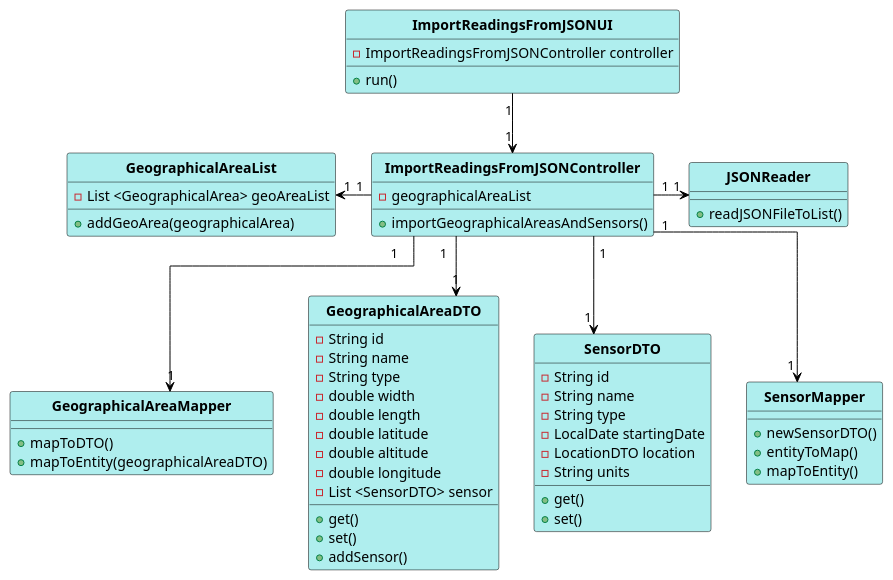
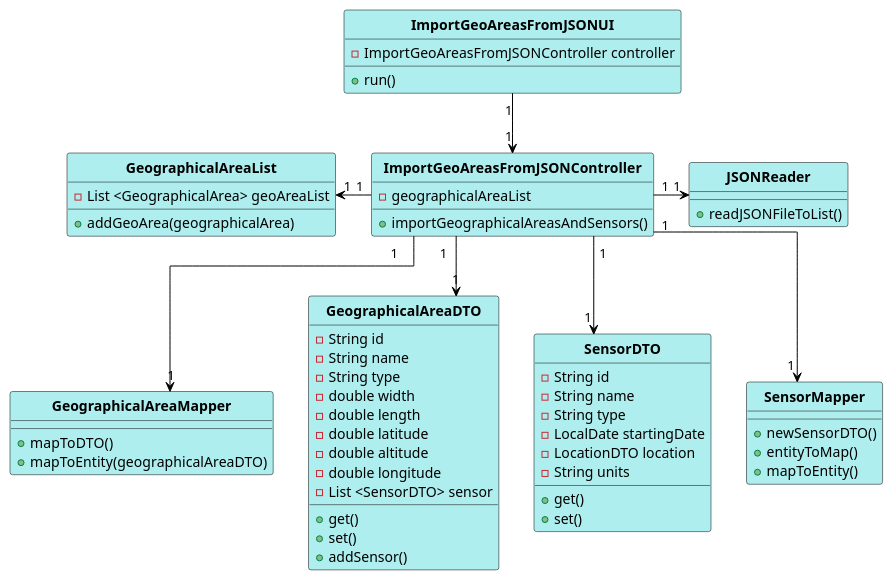
Before and after one commit to 1181687/hateoasToy: the diagram in src/main/java/pt/ipp/isep/dei/project/controllers/importgeoareasfromjsoncontroller/CD_ImportGeoAreasFromJSON.puml, drawn with PlantUML.

Commit message:
Update class diagram to ImportGeoAreasFromJSON.

```diff
--- a/src/main/java/pt/ipp/isep/dei/project/controllers/importgeoareasfromjsoncontroller/CD_ImportGeoAreasFromJSON.puml
+++ b/src/main/java/pt/ipp/isep/dei/project/controllers/importgeoareasfromjsoncontroller/CD_ImportGeoAreasFromJSON.puml
@@ -1,79 +1,79 @@
 @startuml
 skinparam linetype ortho
 
 skinparam class {
 	BackgroundColor PaleTurquoise
 	ArrowColor Black
 	BorderColor Black
 	FontStyle Bold
 }
 
 hide circle
 
-ImportReadingsFromJSONUI "1" --> "1" ImportReadingsFromJSONController
-ImportReadingsFromJSONController  "1" -left-> "1" GeographicalAreaList
-ImportReadingsFromJSONController  "1" --> "1" GeographicalAreaMapper
-ImportReadingsFromJSONController  "1" --> "1" GeographicalAreaDTO
-ImportReadingsFromJSONController  "1" --> "1" SensorDTO
-ImportReadingsFromJSONController  "1" --> "1" SensorMapper
-ImportReadingsFromJSONController  "1" -right-> "1" JSONReader
+ImportGeoAreasFromJSONUI "1" --> "1" ImportGeoAreasFromJSONController
+ImportGeoAreasFromJSONController  "1" -left-> "1" GeographicalAreaList
+ImportGeoAreasFromJSONController  "1" --> "1" GeographicalAreaMapper
+ImportGeoAreasFromJSONController  "1" --> "1" GeographicalAreaDTO
+ImportGeoAreasFromJSONController  "1" --> "1" SensorDTO
+ImportGeoAreasFromJSONController  "1" --> "1" SensorMapper
+ImportGeoAreasFromJSONController  "1" -right-> "1" JSONReader
 
-Class ImportReadingsFromJSONUI {
--ImportReadingsFromJSONController controller
+Class ImportGeoAreasFromJSONUI {
+-ImportGeoAreasFromJSONController controller
 +run()
 
 }
 
-Class ImportReadingsFromJSONController {
+Class ImportGeoAreasFromJSONController {
 -geographicalAreaList
 +importGeographicalAreasAndSensors()
 }
 
 Class GeographicalAreaMapper {
 +mapToDTO()
 +mapToEntity(geographicalAreaDTO)
 }
 
 Class GeographicalAreaList {
 -List <GeographicalArea> geoAreaList
 +addGeoArea(geographicalArea)
 }
 
 Class GeographicalAreaDTO {
 - String id
 - String name
 - String type
 - double width
 - double length
 - double latitude
 - double altitude
 - double longitude
 - List <SensorDTO> sensor
 + get()
 + set()
 + addSensor()
 }
 
 Class SensorDTO {
 - String id
 - String name
 - String type
 - LocalDate startingDate
 - LocationDTO location
 - String units
 + get()
 + set()
 }
 
 Class SensorMapper {
 
 +newSensorDTO()
 +entityToMap()
 +mapToEntity()
 }
 
 Class JSONReader {
 + readJSONFileToList()
 }
 
 @enduml
```
